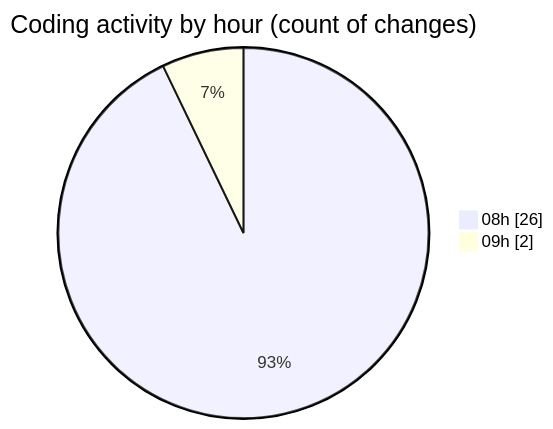
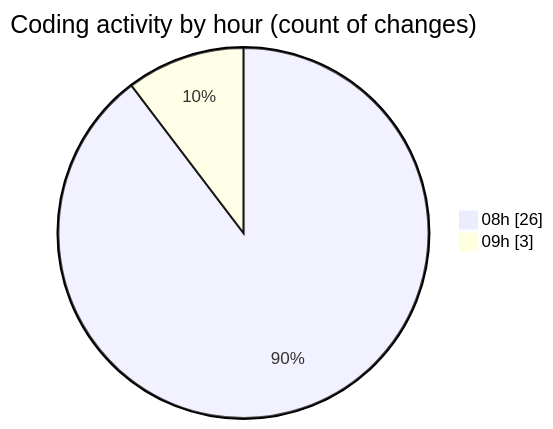
One commit to Elitesun/code-tracking changed the second of 2 diagrams in 2025-02-24/elitesgpt/README.md. Above: the diagram before and after it, drawn with Mermaid. The commit also changed other lines of this file and 1 other file, not shown here.

````diff
--- a/2025-02-24/elitesgpt/README.md
+++ b/2025-02-24/elitesgpt/README.md
@@ -30,6 +30,6 @@
 ```mermaid
 pie showData
 title Coding activity by hour (count of changes)
 "08h" : 26
-"09h" : 2
+"09h" : 3
 ```
````
